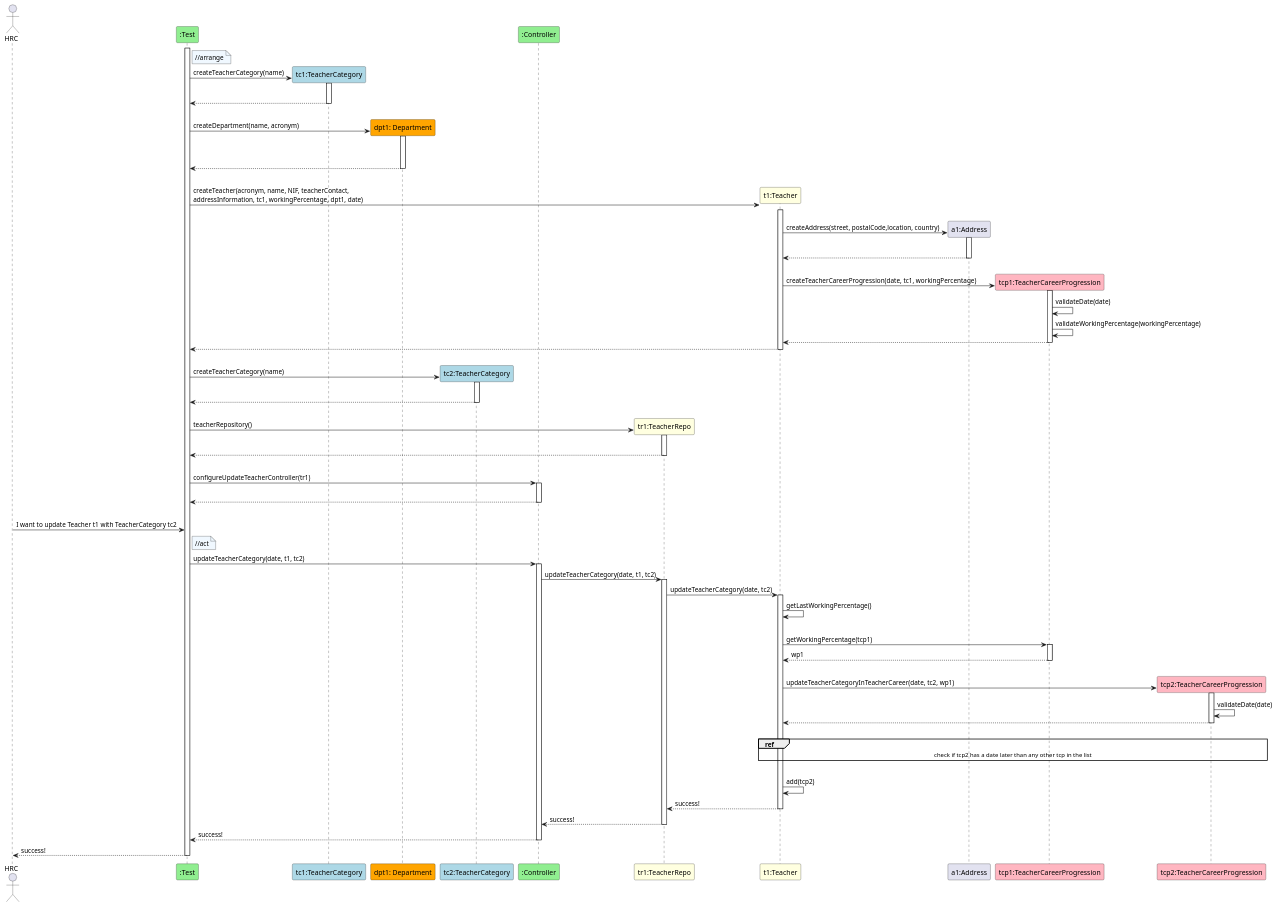
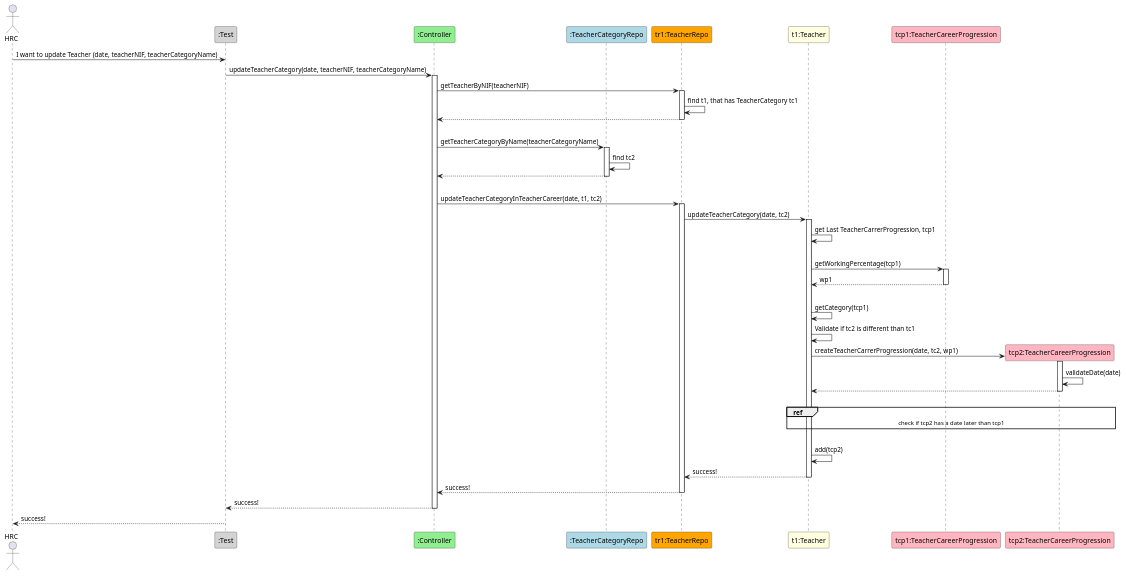
Before and after one commit to GasparISEP/DevOps-PAI: the diagram in docs/sequenceSystemDiagrams/US14/US14_UpdateTeachersCategoryInSystem.puml, drawn with PlantUML.

Commit message:
corrected US14_UpdateTeachersCategoryInSystem Sequence Diagram.

```diff
--- a/docs/sequenceSystemDiagrams/US14/US14_UpdateTeachersCategoryInSystem.puml
+++ b/docs/sequenceSystemDiagrams/US14/US14_UpdateTeachersCategoryInSystem.puml
@@ -1,109 +1,59 @@
 @startuml
 actor HRC
-participant ":Test" as TE #lightgreen
-participant "tc1:TeacherCategory" as TC #lightblue
-participant "dpt1: Department" as D #orange
-participant "tc2:TeacherCategory" as TC2 #lightblue
+participant ":Test" as TE #lightgrey
 participant ":Controller" as CTL #lightgreen
-participant "tr1:TeacherRepo" as TR #lightyellow
+participant ":TeacherCategoryRepo" as TCR #lightblue
+participant "tr1:TeacherRepo" as TR #orange
 participant "t1:Teacher" as T #lightyellow
-participant "a1:Address" as A
 participant "tcp1:TeacherCareerProgression" as TCP #lightpink
 participant "tcp2:TeacherCareerProgression" as TCP2 #lightpink
 
 
-
-note right TE #aliceblue
-    //arrange
-end note
-activate TE
-'note right
-'end note
-TE -> TC**: createTeacherCategory(name)
-activate TC
-|||
-TC --> TE
-deactivate TC
-|||
-TE -> D**: createDepartment(name, acronym)
-|||
-activate D
-|||
-D --> TE
-
-deactivate D
-|||
-TE -> T**: createTeacher(acronym, name, NIF, teacherContact,\naddressInformation, tc1, workingPercentage, dpt1, date)
-activate T
-|||
-T -> A**: createAddress(street, postalCode,location, country)
-|||
-activate A
-A --> T
-deactivate A
-|||
-T -> TCP** : createTeacherCareerProgression(date, tc1, workingPercentage)
-activate TCP
-TCP -> TCP : validateDate(date)
-TCP -> TCP : validateWorkingPercentage(workingPercentage)
-TCP --> T
-deactivate TCP
-T --> TE
-|||
-deactivate T
-TE -> TC2** : createTeacherCategory(name)
-|||
-activate TC2
-TC2 --> TE
-|||
-deactivate TC2
-TE ->  TR**: teacherRepository()
-|||
+HRC -> TE: I want to update Teacher (date, teacherNIF, teacherCategoryName)
+TE -> CTL : updateTeacherCategory(date, teacherNIF, teacherCategoryName)
+activate CTL
+CTL -> TR: getTeacherByNIF(teacherNIF)
 activate TR
-TR --> TE
+TR -> TR : find t1, that has TeacherCategory tc1
+TR --> CTL
 deactivate TR
 |||
-TE -> CTL : configureUpdateTeacherController(tr1)
-activate CTL
+CTL -> TCR: getTeacherCategoryByName(teacherCategoryName)
+activate TCR
+TCR -> TCR: find tc2
+TCR --> CTL
+deactivate TCR
 |||
-CTL --> TE
-deactivate CTL
-|||
-HRC -> TE: I want to update Teacher t1 with TeacherCategory tc2
-note right TE #aliceblue
-    //act
-end note
-TE -> CTL : updateTeacherCategory(date, t1, tc2)
-activate CTL
-CTL -> TR : updateTeacherCategory(date, t1, tc2)
+CTL -> TR: updateTeacherCategoryInTeacherCareer(date, t1, tc2)
 activate TR
-TR -> T : updateTeacherCategory(date, tc2)
+TR -> T: updateTeacherCategory(date, tc2)
 activate T
-T -> T : getLastWorkingPercentage()
+T -> T: get Last TeacherCarrerProgression, tcp1
 |||
 T -> TCP : getWorkingPercentage(tcp1)
 activate TCP
 TCP --> T : wp1
 deactivate TCP
 |||
-T -> TCP2** : updateTeacherCategoryInTeacherCareer(date, tc2, wp1)
+T -> T: getCategory(tcp1)
+T -> T: Validate if tc2 is different than tc1
+T -> TCP2** : createTeacherCarrerProgression(date, tc2, wp1)
 activate TCP2
 TCP2 -> TCP2 : validateDate(date)
 TCP2 --> T
 deactivate TCP2
 |||
 ref over T, TCP2
-    check if tcp2 has a date later than any other tcp in the list
+    check if tcp2 has a date later than tcp1
 end ref
 |||
 T -> T : add(tcp2)
 T --> TR : success!
 deactivate T
 TR --> CTL : success!
 deactivate  TR
 CTL --> TE : success!
 deactivate CTL
 TE --> HRC : success!
 deactivate TE
-
 @enduml
```
